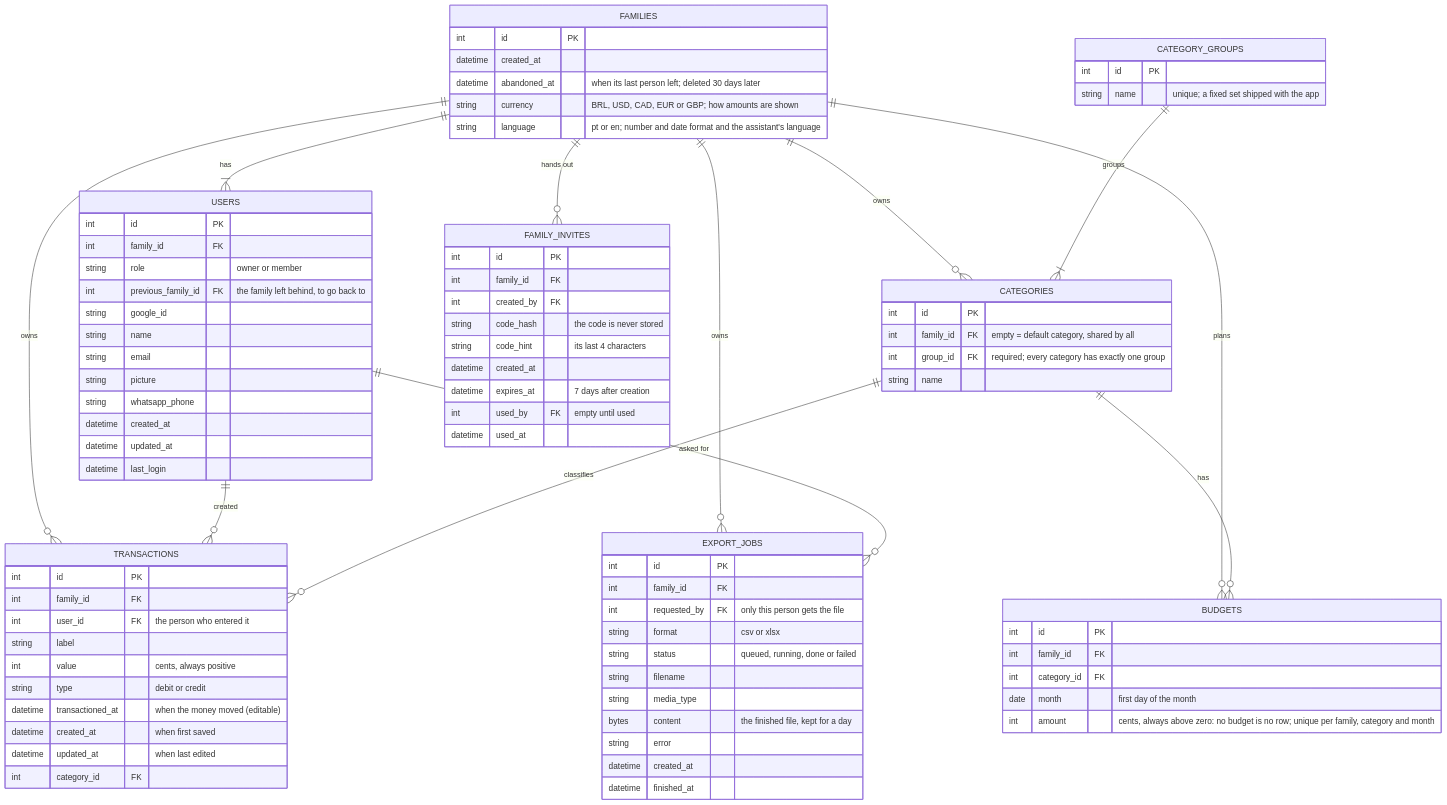
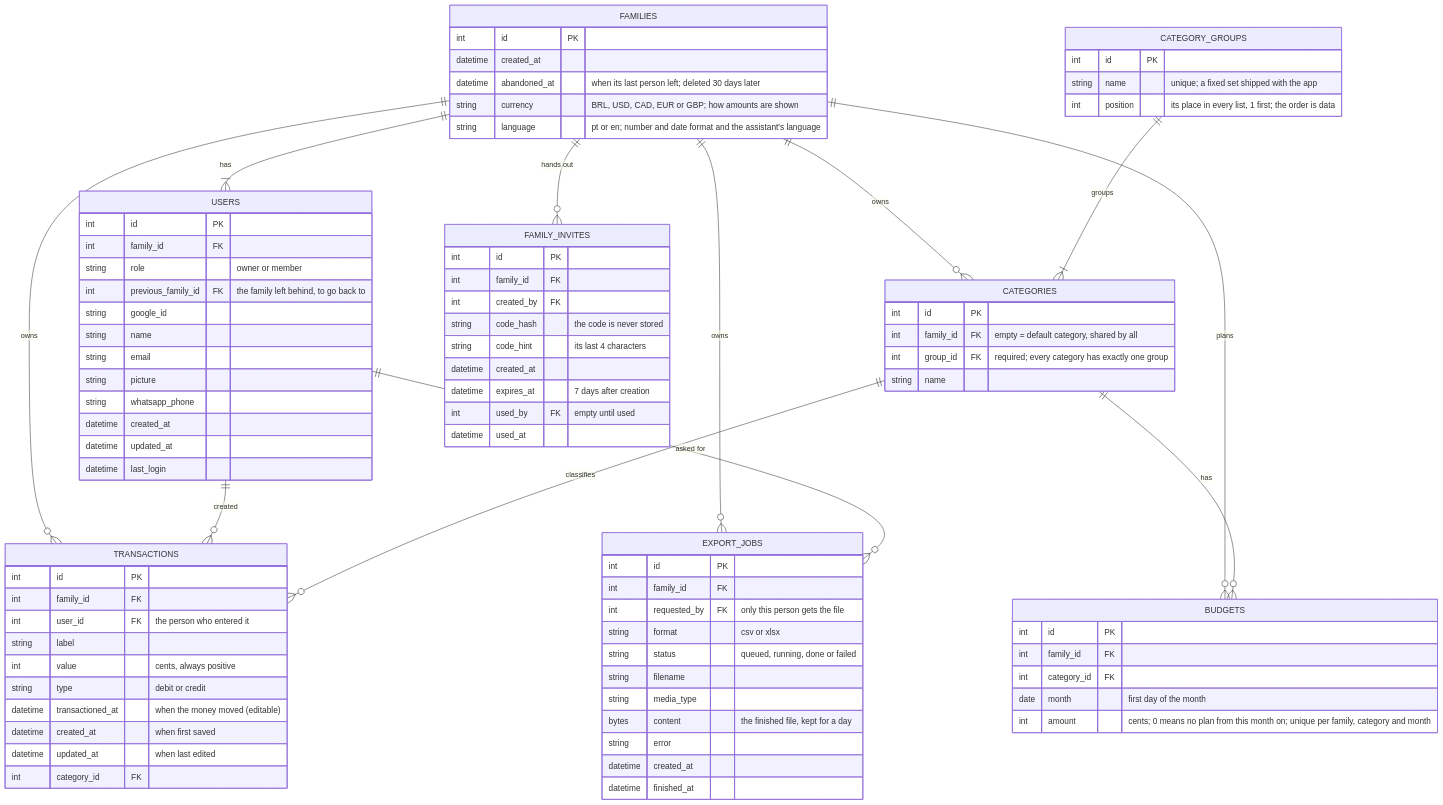
Before and after one commit to lucabattesini/money-budget: the second of 4 diagrams in docs/SYSTEM_DESIGN.md, drawn with Mermaid. The commit also changed other lines of this file and 20 other files, not shown here.

First line of the commit message:
MB-0022 feat: keep a plan until it is changed, store the group order and open every group

```diff
--- a/docs/SYSTEM_DESIGN.md
+++ b/docs/SYSTEM_DESIGN.md
@@ -223,6 +223,7 @@
     CATEGORY_GROUPS {
         int id PK
         string name "unique; a fixed set shipped with the app"
+        int position "its place in every list, 1 first; the order is data"
     }
     CATEGORIES {
         int id PK
@@ -260,7 +261,7 @@
         int family_id FK
         int category_id FK
         date month "first day of the month"
-        int amount "cents, always above zero: no budget is no row; unique per family, category and month"
+        int amount "cents; 0 means no plan from this month on; unique per family, category and month"
     }
     EXPORT_JOBS {
         int id PK
```
